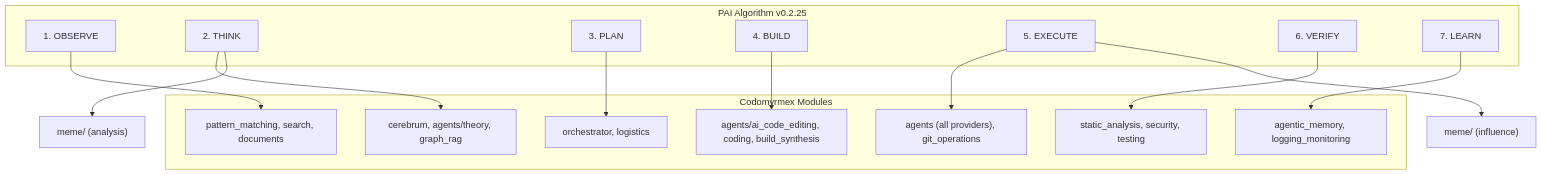
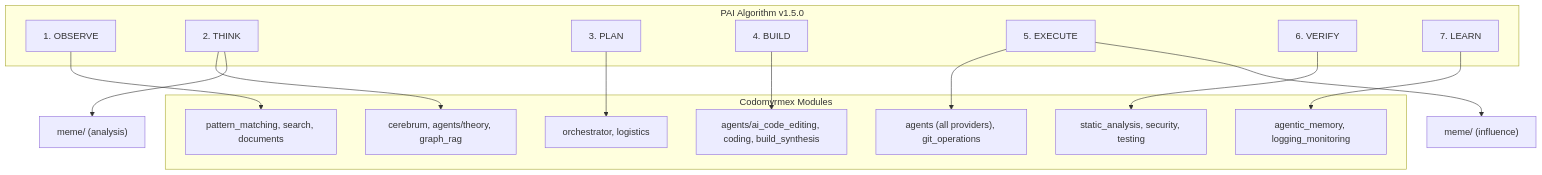
Before and after one commit to docxology/codomyrmex: the second of 2 diagrams in src/codomyrmex/PAI.md, drawn with Mermaid. The commit also changed other lines of this file and 712 other files, not shown here.

````diff
--- a/src/codomyrmex/PAI.md
+++ b/src/codomyrmex/PAI.md
@@ -124,32 +125,32 @@
 ```mermaid
 graph TB
-    subgraph Algorithm ["PAI Algorithm v0.2.25"]
+    subgraph Algorithm ["PAI Algorithm v1.5.0"]
         OBSERVE["1. OBSERVE"]
         THINK["2. THINK"]
         PLAN["3. PLAN"]
         BUILD["4. BUILD"]
         EXECUTE["5. EXECUTE"]
         VERIFY["6. VERIFY"]
         LEARN["7. LEARN"]
     end
 
     subgraph Modules ["Codomyrmex Modules"]
         PM["pattern_matching, search, documents"]
         CB["cerebrum, agents/theory, graph_rag"]
         OR["orchestrator, logistics"]
         CE["agents/ai_code_editing, coding, build_synthesis"]
         AG["agents (all providers), git_operations"]
         SA["static_analysis, security, testing"]
         AM["agentic_memory, logging_monitoring"]
     end
 
     OBSERVE --> PM
     THINK --> CB
     THINK --> ME["meme/ (analysis)"]
     PLAN --> OR
     BUILD --> CE
     EXECUTE --> AG
     EXECUTE --> MI["meme/ (influence)"]
     VERIFY --> SA
     LEARN --> AM
 ```
````
